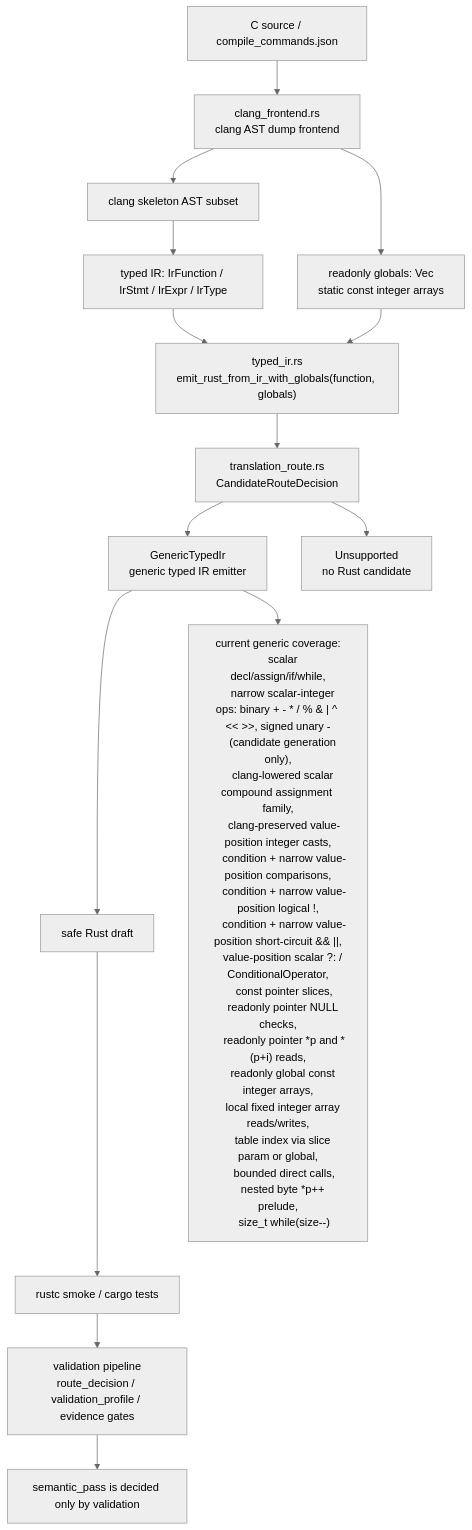
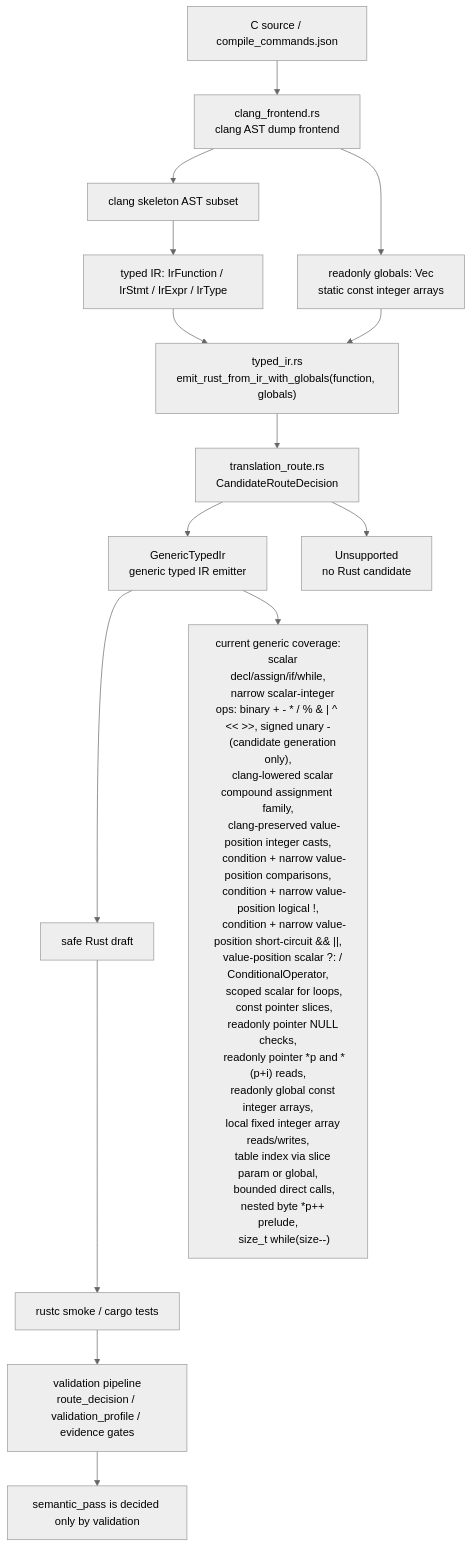
The diagram in docs/c2rust-migration-agent/core-translation-architecture.en.md (guoqihan342-svg/c-to-rust), drawn with Mermaid (neutral theme) before and after one commit. The commit also changed other lines of this file and 11 other files, not shown here.

````diff
--- a/docs/c2rust-migration-agent/core-translation-architecture.en.md
+++ b/docs/c2rust-migration-agent/core-translation-architecture.en.md
@@ -7,36 +7,37 @@
 ```mermaid
 flowchart TD
     C["C source / compile_commands.json"] --> Clang["clang_frontend.rs<br/>clang AST dump frontend"]
     Clang --> Skeleton["clang skeleton AST subset"]
     Skeleton --> IR["typed IR: IrFunction / IrStmt / IrExpr / IrType"]
     Clang --> Globals["readonly globals: Vec<IrGlobal><br/>static const integer arrays"]
     IR --> EmitCtx["typed_ir.rs<br/>emit_rust_from_ir_with_globals(function, globals)"]
     Globals --> EmitCtx
     EmitCtx --> RouteMeta["translation_route.rs<br/>CandidateRouteDecision"]
     RouteMeta --> Generic["GenericTypedIr<br/>generic typed IR emitter"]
     RouteMeta --> Unsupported["Unsupported<br/>no Rust candidate"]
     Generic --> Rust["safe Rust draft"]
     Rust --> Rustc["rustc smoke / cargo tests"]
     Rustc --> Validation["validation pipeline<br/>route_decision / validation_profile / evidence gates"]
 
     Generic --> Supported["current generic coverage:
     scalar decl/assign/if/while,
     narrow scalar-integer ops: binary + - * / % & | ^ << >>, signed unary -
     (candidate generation only),
     clang-lowered scalar compound assignment family,
     clang-preserved value-position integer casts,
     condition + narrow value-position comparisons,
     condition + narrow value-position logical !,
     condition + narrow value-position short-circuit && ||,
     value-position scalar ?: / ConditionalOperator,
+    scoped scalar for loops,
     const pointer slices,
     readonly pointer NULL checks,
     readonly pointer *p and *(p+i) reads,
     readonly global const integer arrays,
     local fixed integer array reads/writes,
     table index via slice param or global,
     bounded direct calls,
     nested byte *p++ prelude,
     size_t while(size--)"]
     Validation --> Semantic["semantic_pass is decided only by validation"]
 ```
````
